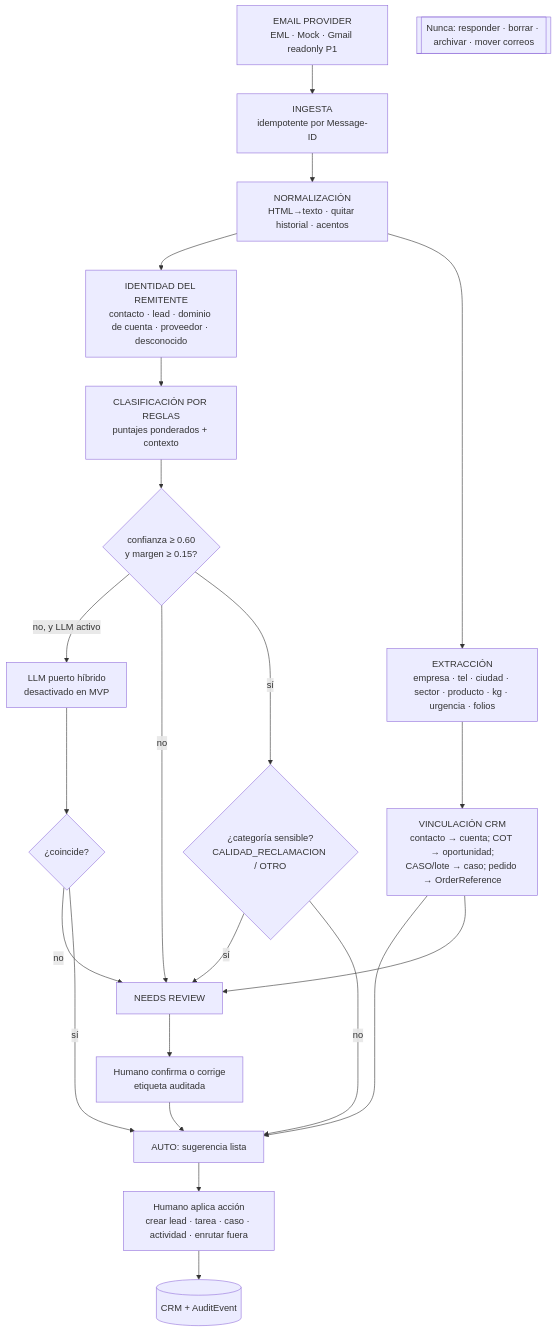
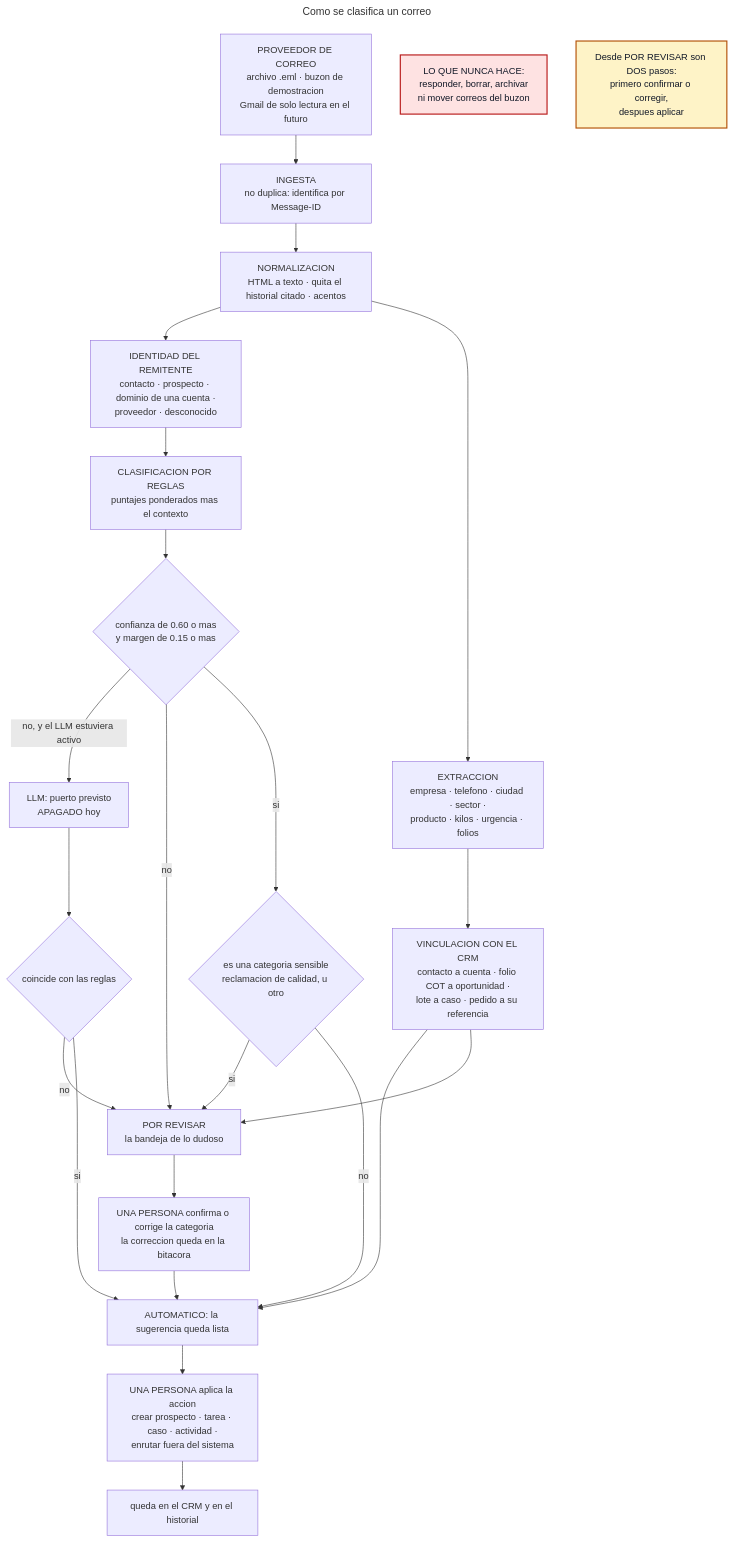
Before and after one commit to erimaan13-cmd/lahuerta-crm: the diagram in docs/diagrams/06_flujo_clasificador.mmd, drawn with Mermaid. The commit also changed 21 other files, not shown here.

First line of the commit message:
Sincroniza los diagramas con la auditoría y agrega la guía de junta

```diff
--- a/docs/diagrams/06_flujo_clasificador.mmd
+++ b/docs/diagrams/06_flujo_clasificador.mmd
@@ -1,22 +1,33 @@
+---
+title: Como se clasifica un correo
+---
 flowchart TB
-  A[EMAIL PROVIDER<br/>EML · Mock · Gmail readonly P1] --> B[INGESTA<br/>idempotente por Message-ID]
-  B --> C[NORMALIZACIÓN<br/>HTML→texto · quitar historial · acentos]
-  C --> D[IDENTIDAD DEL REMITENTE<br/>contacto · lead · dominio de cuenta · proveedor · desconocido]
-  D --> E[CLASIFICACIÓN POR REGLAS<br/>puntajes ponderados + contexto]
-  C --> F[EXTRACCIÓN<br/>empresa · tel · ciudad · sector · producto · kg · urgencia · folios]
-  E --> G{confianza ≥ 0.60<br/>y margen ≥ 0.15?}
-  G -- no, y LLM activo --> H[LLM puerto híbrido<br/>desactivado en MVP] --> G2{¿coincide?}
+  A["PROVEEDOR DE CORREO<br/>archivo .eml · buzon de demostracion<br/>Gmail de solo lectura en el futuro"] --> B["INGESTA<br/>no duplica: identifica por Message-ID"]
+  B --> C["NORMALIZACION<br/>HTML a texto · quita el historial citado · acentos"]
+  C --> D["IDENTIDAD DEL REMITENTE<br/>contacto · prospecto · dominio de una cuenta ·<br/>proveedor · desconocido"]
+  D --> E["CLASIFICACION POR REGLAS<br/>puntajes ponderados mas el contexto"]
+  C --> F["EXTRACCION<br/>empresa · telefono · ciudad · sector ·<br/>producto · kilos · urgencia · folios"]
+  E --> G{"confianza de 0.60 o mas<br/>y margen de 0.15 o mas"}
+  G -- "no, y el LLM estuviera activo" --> H["LLM: puerto previsto<br/>APAGADO hoy"] --> G2{"coincide con las reglas"}
   G2 -- no --> NR
-  G2 -- sí --> I
-  G -- no --> NR[NEEDS REVIEW]
-  G -- sí --> S{¿categoría sensible?<br/>CALIDAD_RECLAMACION / OTRO}
-  S -- sí --> NR
-  S -- no --> I[AUTO: sugerencia lista]
-  F --> V[VINCULACIÓN CRM<br/>contacto → cuenta; COT → oportunidad;<br/>CASO/lote → caso; pedido → OrderReference]
+  G2 -- si --> I
+  G -- no --> NR["POR REVISAR<br/>la bandeja de lo dudoso"]
+  G -- si --> S{"es una categoria sensible<br/>reclamacion de calidad, u otro"}
+  S -- si --> NR
+  S -- no --> I["AUTOMATICO: la sugerencia queda lista"]
+  F --> V["VINCULACION CON EL CRM<br/>contacto a cuenta · folio COT a oportunidad ·<br/>lote a caso · pedido a su referencia"]
   V --> I
   V --> NR
-  NR --> HR[Humano confirma o corrige<br/>etiqueta auditada]
+  NR --> HR["UNA PERSONA confirma o corrige la categoria<br/>la correccion queda en la bitacora"]
   HR --> I
-  I --> AP[Humano aplica acción<br/>crear lead · tarea · caso · actividad · enrutar fuera]
-  AP --> Z[(CRM + AuditEvent)]
-  X[[Nunca: responder · borrar · archivar · mover correos]]
+  I --> AP["UNA PERSONA aplica la accion<br/>crear prospecto · tarea · caso · actividad ·<br/>enrutar fuera del sistema"]
+  AP --> Z["queda en el CRM y en el historial"]
+
+  X["LO QUE NUNCA HACE:<br/>responder, borrar, archivar<br/>ni mover correos del buzon"]
+
+  NOTA["Desde POR REVISAR son DOS pasos:<br/>primero confirmar o corregir,<br/>despues aplicar"]
+
+  classDef nota fill:#fef3c7,stroke:#b45309,color:#111827,stroke-width:2px
+  classDef nunca fill:#fee2e2,stroke:#b91c1c,color:#111827,stroke-width:2px
+  class NOTA nota
+  class X nunca
```
